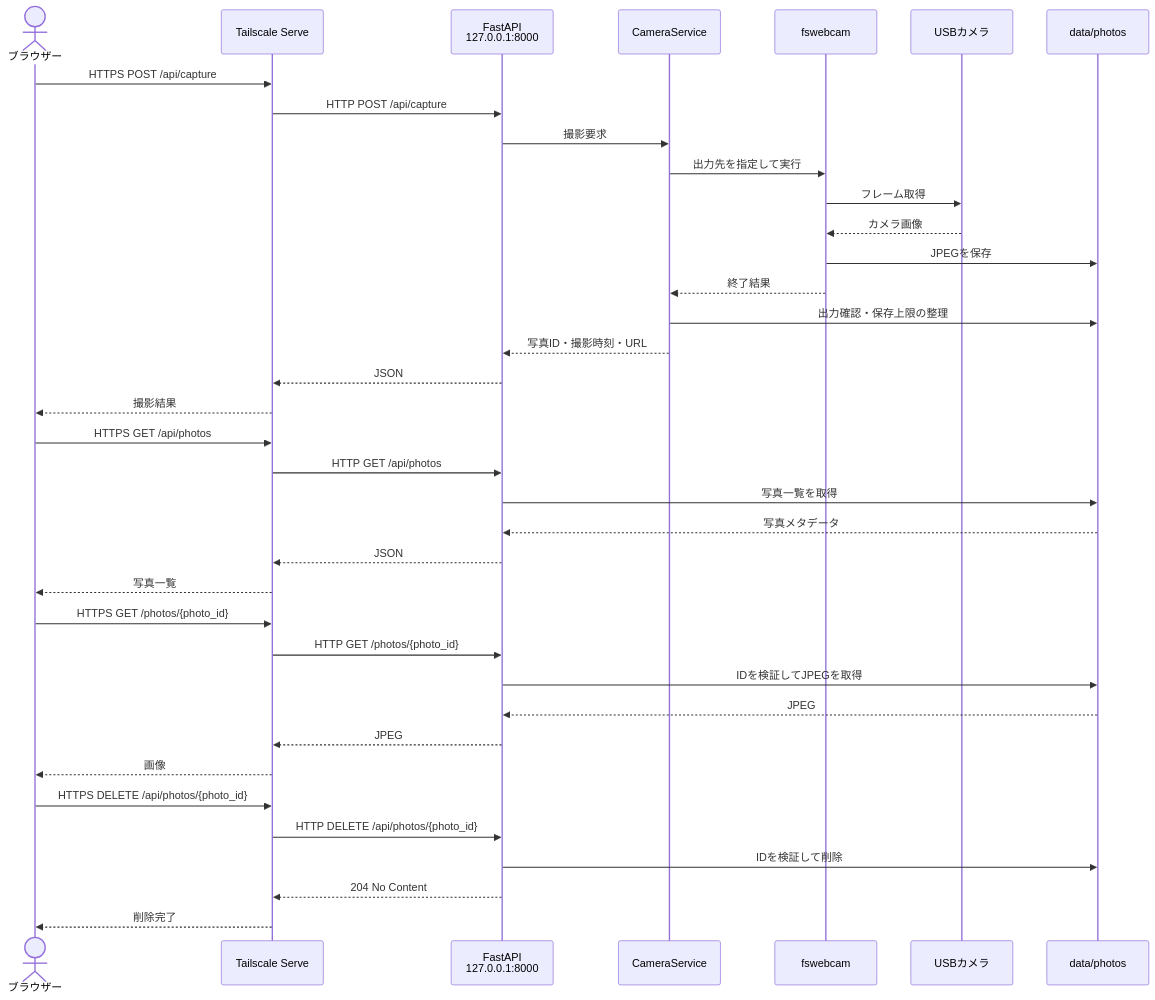
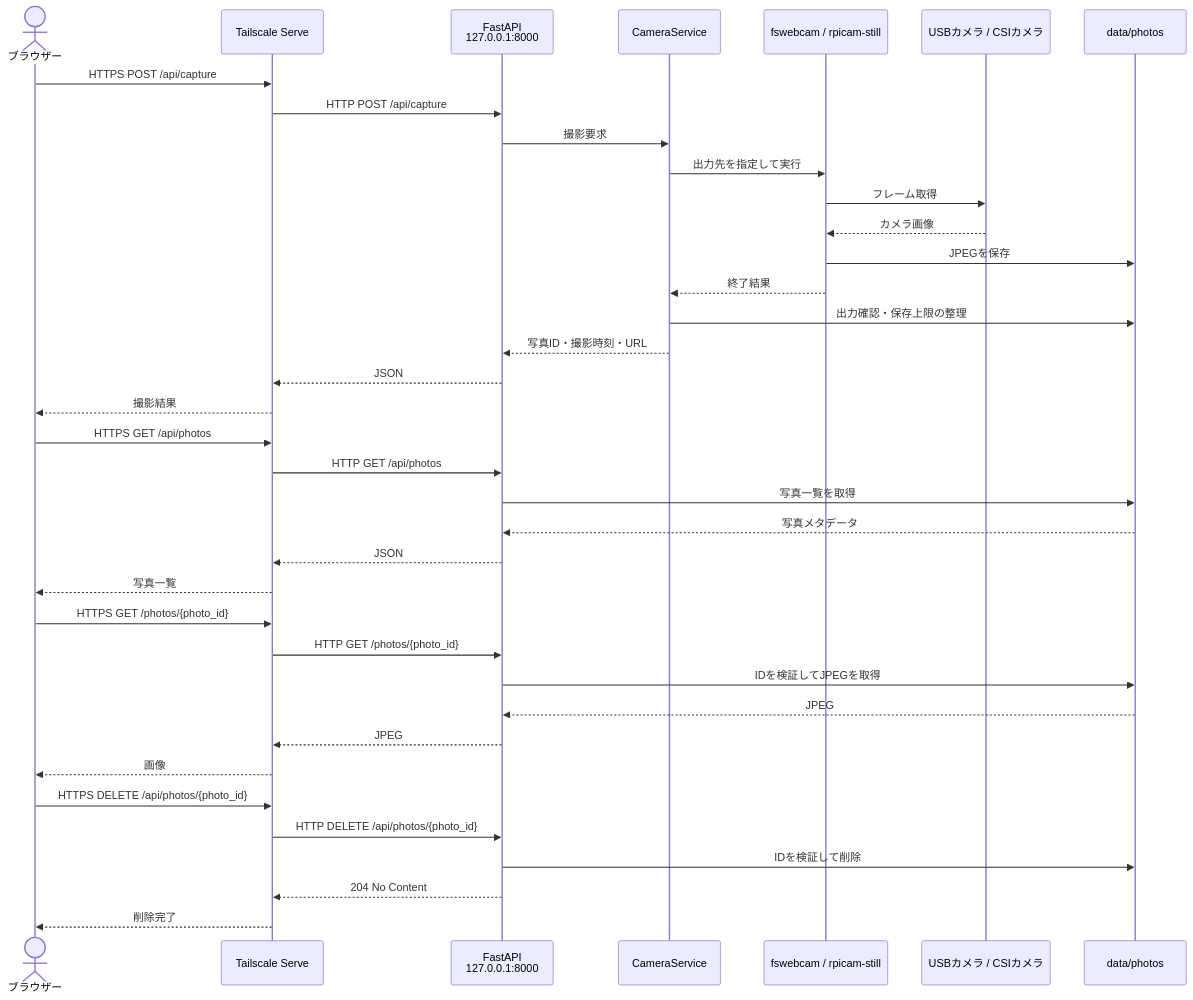
One commit to O-taxi/raspi-camera-web changed the diagram in README.md. Above: the diagram before and after it, drawn with Mermaid. The commit also changed other lines of this file and 22 other files, not shown here.

````diff
--- a/README.md
+++ b/README.md
@@ -27,43 +28,43 @@
 ```mermaid
 sequenceDiagram
     actor User as ブラウザー
     participant Tailscale as Tailscale Serve
     participant API as FastAPI<br/>127.0.0.1:8000
     participant Camera as CameraService
-    participant Command as fswebcam
-    participant USB as USBカメラ
+    participant Command as fswebcam / rpicam-still
+    participant Hardware as USBカメラ / CSIカメラ
     participant Store as data/photos
 
     User->>Tailscale: HTTPS POST /api/capture
     Tailscale->>API: HTTP POST /api/capture
     API->>Camera: 撮影要求
     Camera->>Command: 出力先を指定して実行
-    Command->>USB: フレーム取得
-    USB-->>Command: カメラ画像
+    Command->>Hardware: フレーム取得
+    Hardware-->>Command: カメラ画像
     Command->>Store: JPEGを保存
     Command-->>Camera: 終了結果
     Camera->>Store: 出力確認・保存上限の整理
     Camera-->>API: 写真ID・撮影時刻・URL
     API-->>Tailscale: JSON
     Tailscale-->>User: 撮影結果
 
     User->>Tailscale: HTTPS GET /api/photos
     Tailscale->>API: HTTP GET /api/photos
     API->>Store: 写真一覧を取得
     Store-->>API: 写真メタデータ
     API-->>Tailscale: JSON
     Tailscale-->>User: 写真一覧
 
     User->>Tailscale: HTTPS GET /photos/{photo_id}
     Tailscale->>API: HTTP GET /photos/{photo_id}
     API->>Store: IDを検証してJPEGを取得
     Store-->>API: JPEG
     API-->>Tailscale: JPEG
     Tailscale-->>User: 画像
 
     User->>Tailscale: HTTPS DELETE /api/photos/{photo_id}
     Tailscale->>API: HTTP DELETE /api/photos/{photo_id}
     API->>Store: IDを検証して削除
     API-->>Tailscale: 204 No Content
     Tailscale-->>User: 削除完了
 ```
````
